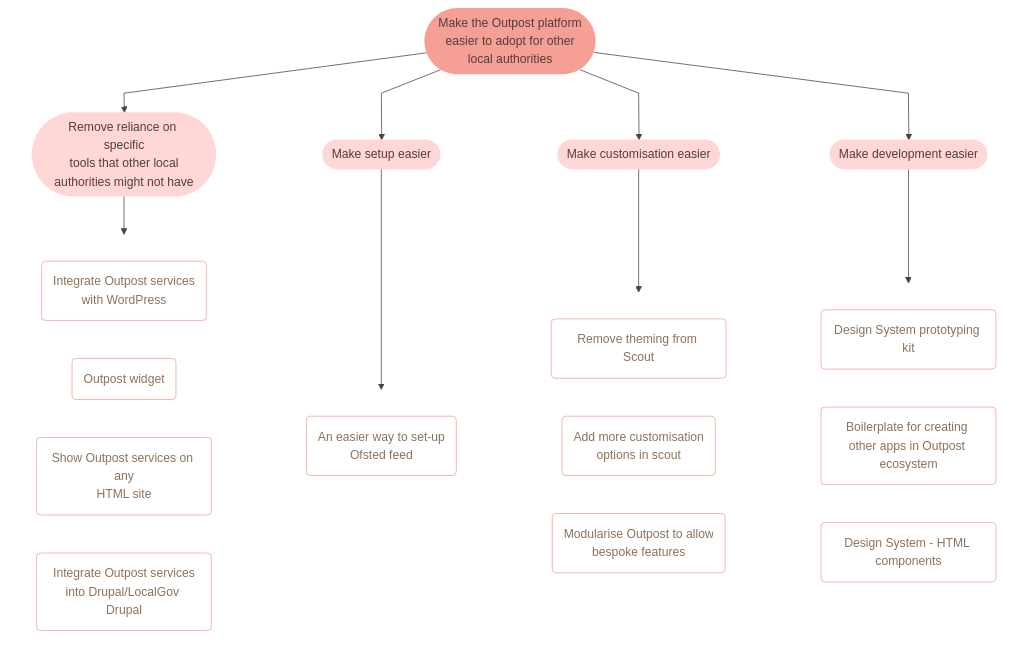
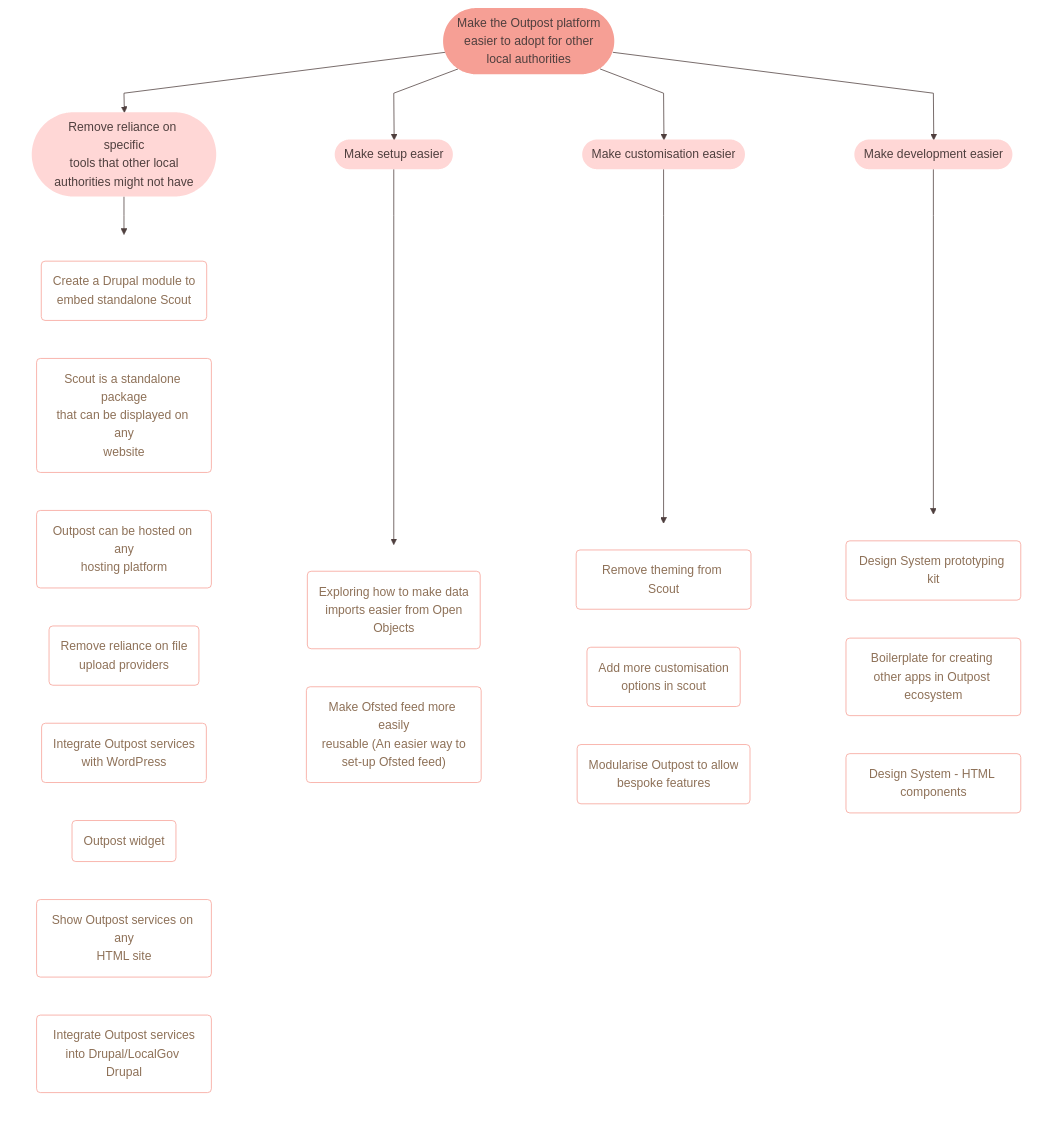
The first of 6 diagrams in create-roadmap/ROADMAP.md (wearefuturegov/Outpost-Platform), drawn with Mermaid before and after one commit. The commit also changed other lines of this file and 96 other files, not shown here.

Commit message:
add in mindmap

```diff
--- a/create-roadmap/ROADMAP.md
+++ b/create-roadmap/ROADMAP.md
@@ -40,21 +40,31 @@
         %% 1.1~ Remove reliance on tools others may not have - tasks
 
     subgraph RemoveRelianceOnToolsTasks[ ]
-     RemoveRelianceOnToolsTask0("Integrate Outpost services<br />with WordPress<br />"):::EasierToAdoptTasks
-     click RemoveRelianceOnToolsTask0 href "https://github.com/wearefuturegov/Outpost-Platform/issues/6"
-     RemoveRelianceOnToolsTask1("Outpost widget<br />"):::EasierToAdoptTasks
-     click RemoveRelianceOnToolsTask1 href "https://github.com/wearefuturegov/Outpost-Platform/issues/5"
-     RemoveRelianceOnToolsTask2("Show Outpost services on any<br />HTML site<br />"):::EasierToAdoptTasks
-     click RemoveRelianceOnToolsTask2 href "https://github.com/wearefuturegov/Outpost-Platform/issues/4"
-     RemoveRelianceOnToolsTask3("Integrate Outpost services<br />into Drupal/LocalGov Drupal<br />"):::EasierToAdoptTasks
-     click RemoveRelianceOnToolsTask3 href "https://github.com/wearefuturegov/Outpost-Platform/issues/3"
+     RemoveRelianceOnToolsTask0("Create a Drupal module to<br />embed standalone Scout<br />"):::EasierToAdoptTasks
+     click RemoveRelianceOnToolsTask0 href "https://github.com/wearefuturegov/Outpost-Platform/issues/85"
+     RemoveRelianceOnToolsTask1("Scout is a standalone package<br />that can be displayed on any<br />website<br />"):::EasierToAdoptTasks
+     click RemoveRelianceOnToolsTask1 href "https://github.com/wearefuturegov/Outpost-Platform/issues/84"
+     RemoveRelianceOnToolsTask2("Outpost can be hosted on any<br />hosting platform<br />"):::EasierToAdoptTasks
+     click RemoveRelianceOnToolsTask2 href "https://github.com/wearefuturegov/Outpost-Platform/issues/83"
+     RemoveRelianceOnToolsTask3("Remove reliance on file<br />upload providers<br />"):::EasierToAdoptTasks
+     click RemoveRelianceOnToolsTask3 href "https://github.com/wearefuturegov/Outpost-Platform/issues/82"
+     RemoveRelianceOnToolsTask4("Integrate Outpost services<br />with WordPress<br />"):::EasierToAdoptTasks
+     click RemoveRelianceOnToolsTask4 href "https://github.com/wearefuturegov/Outpost-Platform/issues/6"
+     RemoveRelianceOnToolsTask5("Outpost widget<br />"):::EasierToAdoptTasks
+     click RemoveRelianceOnToolsTask5 href "https://github.com/wearefuturegov/Outpost-Platform/issues/5"
+     RemoveRelianceOnToolsTask6("Show Outpost services on any<br />HTML site<br />"):::EasierToAdoptTasks
+     click RemoveRelianceOnToolsTask6 href "https://github.com/wearefuturegov/Outpost-Platform/issues/4"
+     RemoveRelianceOnToolsTask7("Integrate Outpost services<br />into Drupal/LocalGov Drupal<br />"):::EasierToAdoptTasks
+     click RemoveRelianceOnToolsTask7 href "https://github.com/wearefuturegov/Outpost-Platform/issues/3"
     end
 
     %% 1.2~ Make set up easier - tasks
 
     subgraph MakeSetupEasierTasks[ ]
-     MakeSetupEasierTask0("An easier way to set-up<br />Ofsted feed<br />"):::EasierToAdoptTasks
-     click MakeSetupEasierTask0 href "https://github.com/wearefuturegov/Outpost-Platform/issues/7"
+     MakeSetupEasierTask0("Exploring how to make data<br />imports easier from Open<br />Objects<br />"):::EasierToAdoptTasks
+     click MakeSetupEasierTask0 href "https://github.com/wearefuturegov/Outpost-Platform/issues/86"
+     MakeSetupEasierTask1(" Make Ofsted feed more easily<br />reusable (An easier way to<br />set-up Ofsted feed)<br />"):::EasierToAdoptTasks
+     click MakeSetupEasierTask1 href "https://github.com/wearefuturegov/Outpost-Platform/issues/7"
     end
 
     %% 1.3~ Make customisation easier - tasks
```
